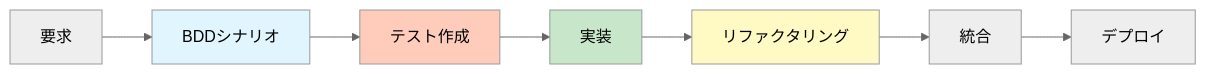
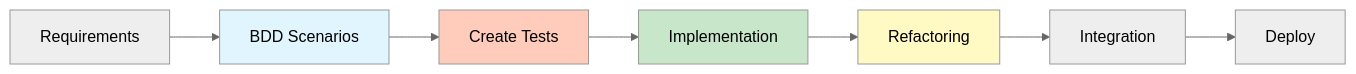
The second of 2 diagrams in docs/ai-driven-development-unified-guide.md (itdojp/RigorFlow), drawn with Mermaid (neutral theme) before and after one commit. The commit also changed other lines of this file and 15 other files, not shown here.

````diff
--- a/docs/ai-driven-development-unified-guide.md
+++ b/docs/ai-driven-development-unified-guide.md
@@ -99,14 +99,14 @@
 ```mermaid
 graph LR
-    A[要求] --> B[BDDシナリオ]
-    B --> C[テスト作成]
-    C --> D[実装]
-    D --> E[リファクタリング]
-    E --> F[統合]
-    F --> G[デプロイ]
+    A[Requirements] --> B[BDD Scenarios]
+    B --> C[Create Tests]
+    C --> D[Implementation]
+    D --> E[Refactoring]
+    E --> F[Integration]
+    F --> G[Deploy]
     
     style B fill:#e1f5fe
     style C fill:#ffccbc
     style D fill:#c8e6c9
     style E fill:#fff9c4
 ```
````
